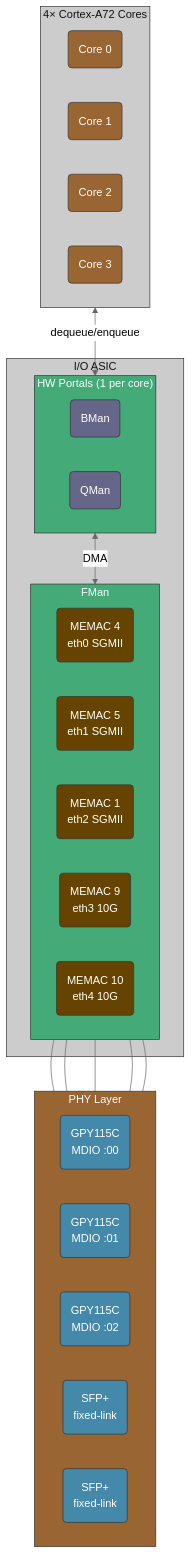
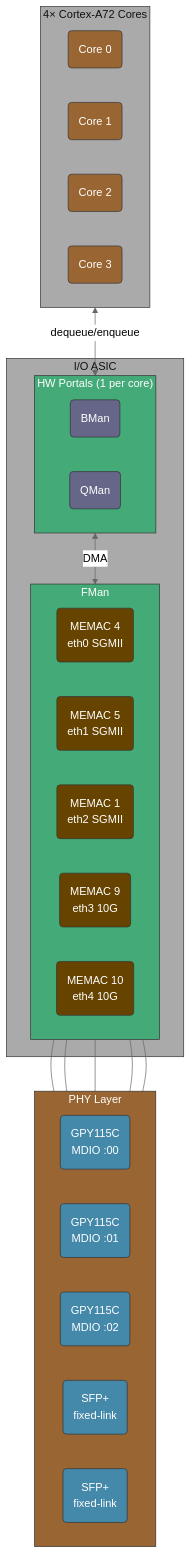
Before and after one commit to Daegara/vyos-ls1046a-build: the diagram in HW-OFFLOADING.md, drawn with Mermaid (neutral theme). The commit also changed 1 other file, not shown here.

Commit message:
Fixing broken formatting...

````diff
--- a/HW-OFFLOADING.md
+++ b/HW-OFFLOADING.md
@@ -24,58 +24,57 @@
 ```mermaid
 flowchart TB
   subgraph CORES ["4× Cortex-A72 Cores"]
     C0("Core 0") & C1("Core 1") & C2("Core 2") & C3("Core 3")
   end
 
   subgraph PORTALS ["HW Portals (1 per core)"]
     BP("BMan") & QP("QMan")
   end
 
   subgraph FMAN ["FMan"]
     direction LR
     M0("MEMAC 4\neth0 SGMII")
     M1("MEMAC 5\neth1 SGMII")
     M2("MEMAC 1\neth2 SGMII")
     M3("MEMAC 9\neth3 10G")
     M4("MEMAC 10\neth4 10G")
   end
 
   subgraph PHY ["PHY Layer"]
     direction LR
-    G0("GPY115C\nMDIO :00") & G1("GPY115C\nMDIO :01") & G2("GPY115C\nMDIO :02")
-    S1("SFP+\nfixed-link") & S2("SFP+\nfixed-link")
+    G0("GPY115C\nMDIO :00") & G1("GPY115C\nMDIO :01") & G2("GPY115C\nMDIO :02") & S1("SFP+\nfixed-link") & S2("SFP+\nfixed-link")
   end
 
   subgraph ASIC ["I/O ASIC"]
     PORTALS <-->|"DMA"| FMAN
   end
 
   M0 --- G0
   M1 --- G1
   M2 --- G2
   M3 --- S1
   M4 --- S2
   CORES <-->|"dequeue/enqueue"| PORTALS
-
+  
   style FMAN fill:#4a7,stroke:#333,color:#fff
   style M0 fill:#640,stroke:#333,color:#fff
   style M1 fill:#640,stroke:#333,color:#fff
   style M2 fill:#640,stroke:#333,color:#fff
   style M3 fill:#640,stroke:#333,color:#fff
   style M4 fill:#640,stroke:#333,color:#fff
   style PORTALS fill:#4a7,stroke:#333,color:#fff
   style BP fill:#668,stroke:#333,color:#fff
   style QP fill:#668,stroke:#333,color:#fff 
   style PHY fill:#963,stroke:#333,color:#fff
   style G0 fill:#48a,stroke:#333,color:#fff
   style G1 fill:#48a,stroke:#333,color:#fff
   style G2 fill:#48a,stroke:#333,color:#fff
   style S1 fill:#48a,stroke:#333,color:#fff
   style S2 fill:#48a,stroke:#333,color:#fff
-  style CORES fill:#ccc,stroke:#333,color:#111
+  style CORES fill:#aaa,stroke:#333,color:#111
   style C0 fill:#963,stroke:#333,color:#fff
   style C1 fill:#963,stroke:#333,color:#fff
   style C2 fill:#963,stroke:#333,color:#fff
   style C3 fill:#963,stroke:#333,color:#fff
-  style ASIC fill:#ccc,stroke:#333,color:#111
+  style ASIC fill:#aaa,stroke:#333,color:#111
 ```
````
